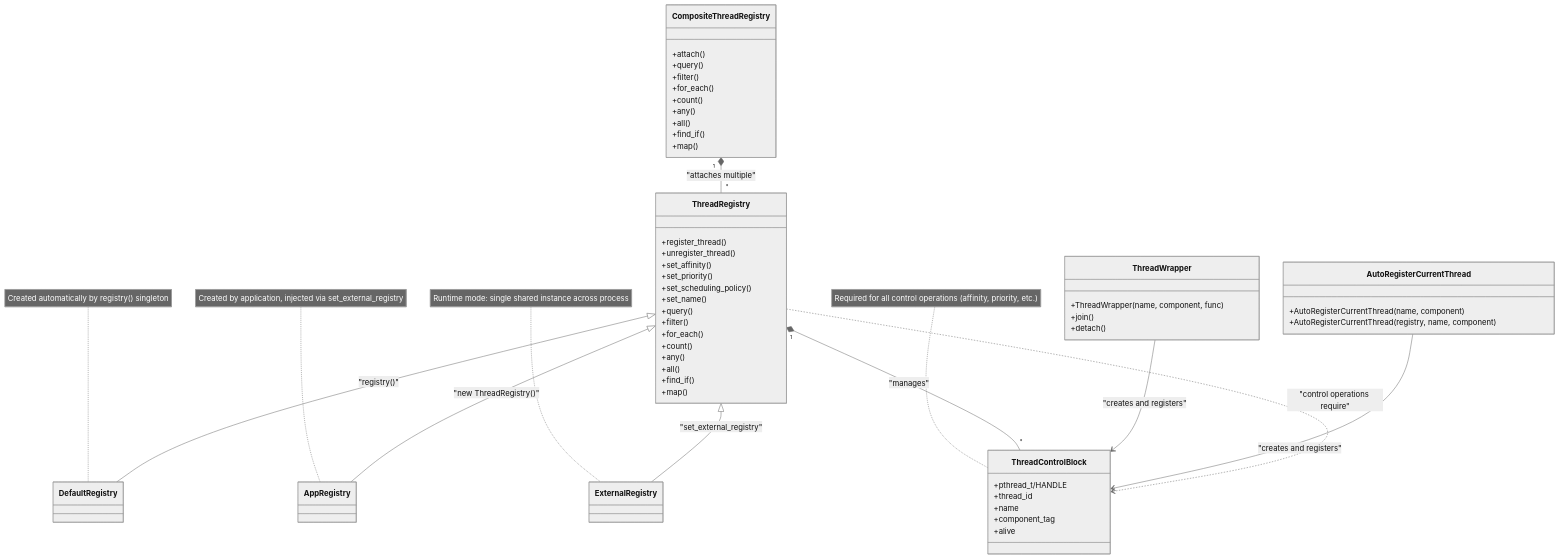
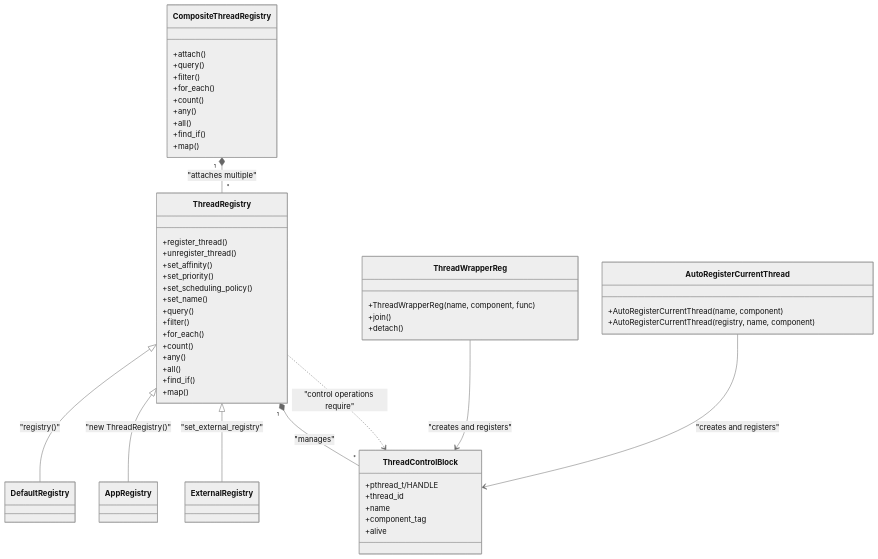
The first of 5 diagrams in docs/REGISTRY.md (Katze719/ThreadSchedule), drawn with Mermaid (neutral theme) before and after one commit. The commit also changed other lines of this file, not shown here.

Commit message:
Remove outdated notes from REGISTRY.md to streamline documentation and focus on essential information regarding thread control operations.

````diff
--- a/docs/REGISTRY.md
+++ b/docs/REGISTRY.md
@@ -11,72 +11,66 @@
 ```mermaid
 classDiagram
     class ThreadRegistry {
         +register_thread()
         +unregister_thread()
         +set_affinity()
         +set_priority()
         +set_scheduling_policy()
         +set_name()
         +query()
         +filter()
         +for_each()
         +count()
         +any()
         +all()
         +find_if()
         +map()
     }
 
     class CompositeThreadRegistry {
         +attach()
         +query()
         +filter()
         +for_each()
         +count()
         +any()
         +all()
         +find_if()
         +map()
     }
 
     class ThreadControlBlock {
         +pthread_t/HANDLE
         +thread_id
         +name
         +component_tag
         +alive
     }
 
-    class ThreadWrapper {
-        +ThreadWrapper(name, component, func)
+    class ThreadWrapperReg {
+        +ThreadWrapperReg(name, component, func)
         +join()
         +detach()
     }
 
     class AutoRegisterCurrentThread {
         +AutoRegisterCurrentThread(name, component)
         +AutoRegisterCurrentThread(registry, name, component)
     }
 
     %% Creation patterns
     ThreadRegistry <|-- DefaultRegistry : "registry()"
     ThreadRegistry <|-- AppRegistry : "new ThreadRegistry()"
     ThreadRegistry <|-- ExternalRegistry : "set_external_registry"
 
     %% Registry relationships
     CompositeThreadRegistry "1" *-- "*" ThreadRegistry : "attaches multiple"
 
     %% Thread registration
     ThreadRegistry "1" *-- "*" ThreadControlBlock : "manages"
-    ThreadWrapper --> ThreadControlBlock : "creates and registers"
+    ThreadWrapperReg --> ThreadControlBlock : "creates and registers"
     AutoRegisterCurrentThread --> ThreadControlBlock : "creates and registers"
 
     %% Control operations require control blocks
     ThreadRegistry ..> ThreadControlBlock : "control operations require"
-
-    %% Notes
-    note for DefaultRegistry "Created automatically by registry() singleton"
-    note for AppRegistry "Created by application, injected via set_external_registry"
-    note for ExternalRegistry "Runtime mode: single shared instance across process"
-    note for ThreadControlBlock "Required for all control operations (affinity, priority, etc.)"
 ```
````
